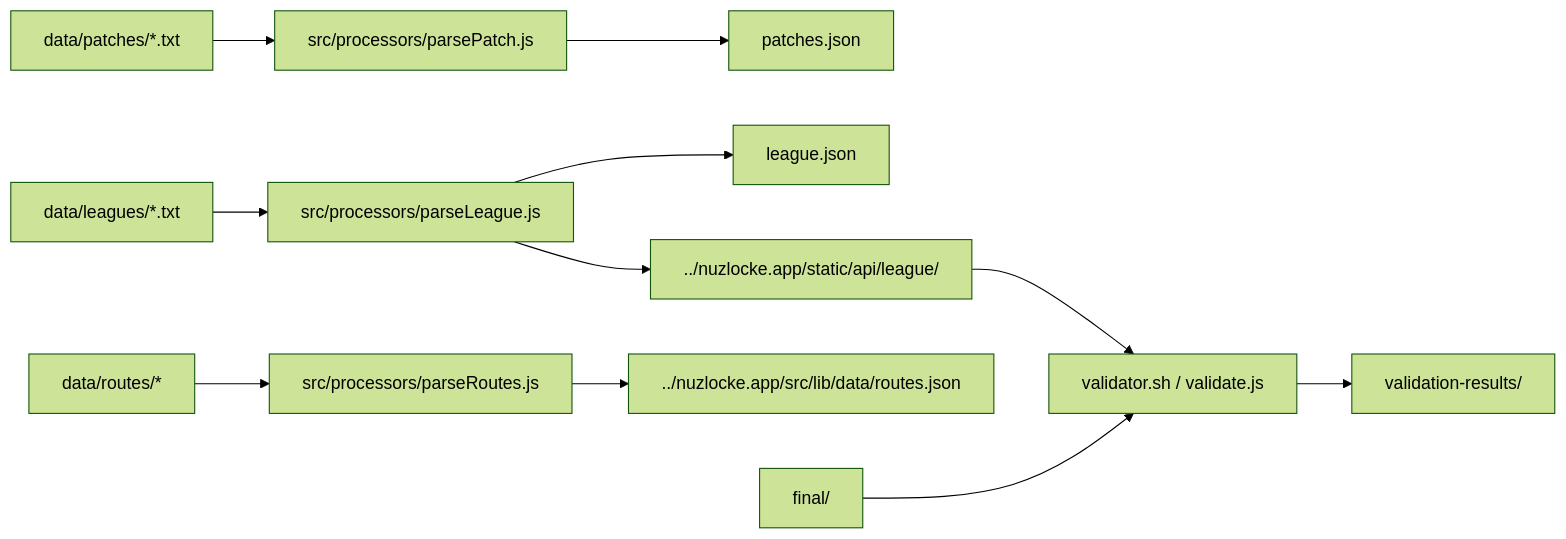
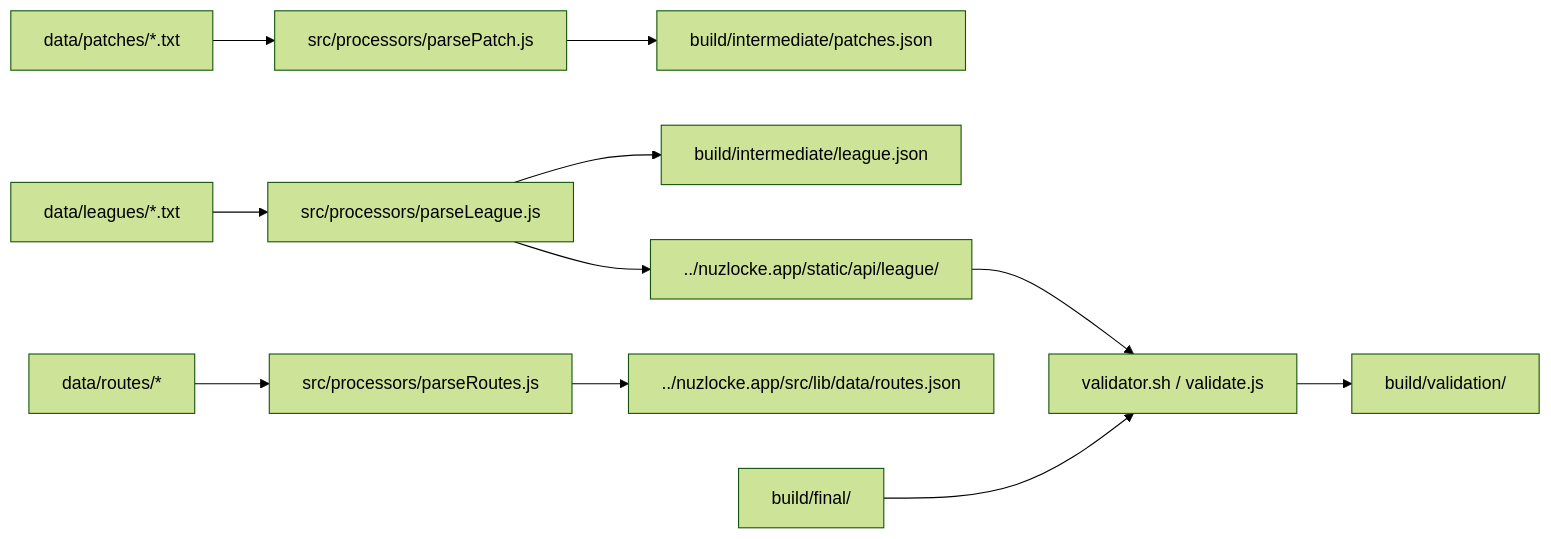
The diagram in NEW_README.md (lucabello/nuzlocke.data), drawn with Mermaid (forest theme) before and after one commit. The commit also changed other lines of this file and 204 other files, not shown here.

Commit message:
Move validators to tests/validators, inline validator in justfile, remove validator.sh, write validation outputs to build/validation

````diff
--- a/NEW_README.md
+++ b/NEW_README.md
@@ -16,13 +16,13 @@
 ```mermaid
 flowchart LR
   patches["data/patches/*.txt"] --> parsePatch["src/processors/parsePatch.js"]
   leagues["data/leagues/*.txt"] --> parseLeague["src/processors/parseLeague.js"]
   routes["data/routes/*"] --> parseRoutes["src/processors/parseRoutes.js"]
-  parsePatch --> patchesJSON["patches.json"]
-  parseLeague --> leagueJSON["league.json"]
+  parsePatch --> patchesJSON["build/intermediate/patches.json"]
+  parseLeague --> leagueJSON["build/intermediate/league.json"]
   parseLeague --> appLeague["../nuzlocke.app/static/api/league/"]
   parseRoutes --> appRoutes["../nuzlocke.app/src/lib/data/routes.json"]
   appLeague --> validator["validator.sh / validate.js"]
-  final["final/"] --> validator
-  validator --> validationResults["validation-results/"]
+  final["build/final/"] --> validator
+  validator --> validationResults["build/validation/"]
 ```
````
